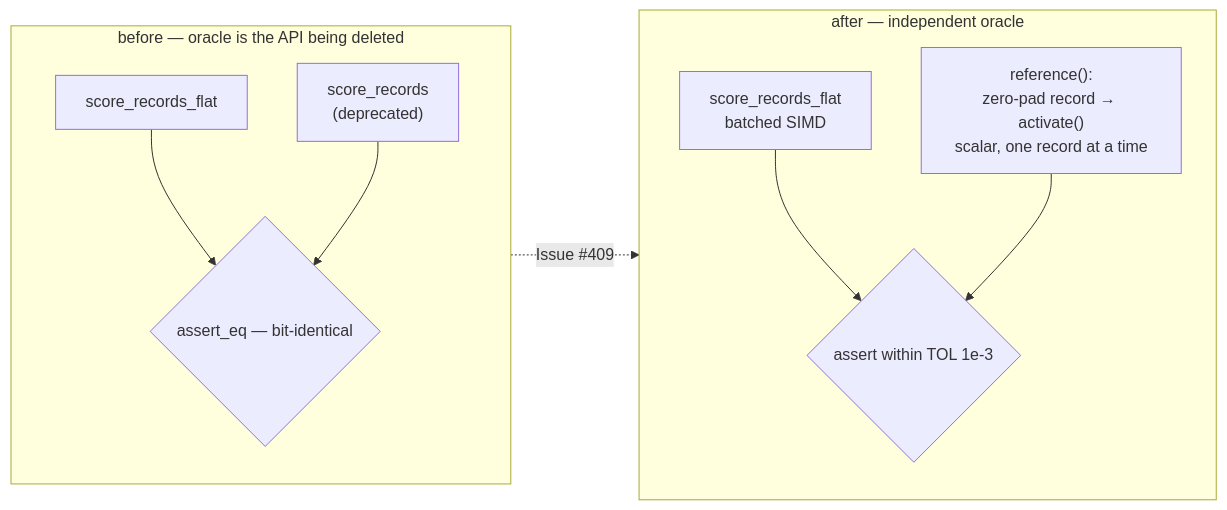
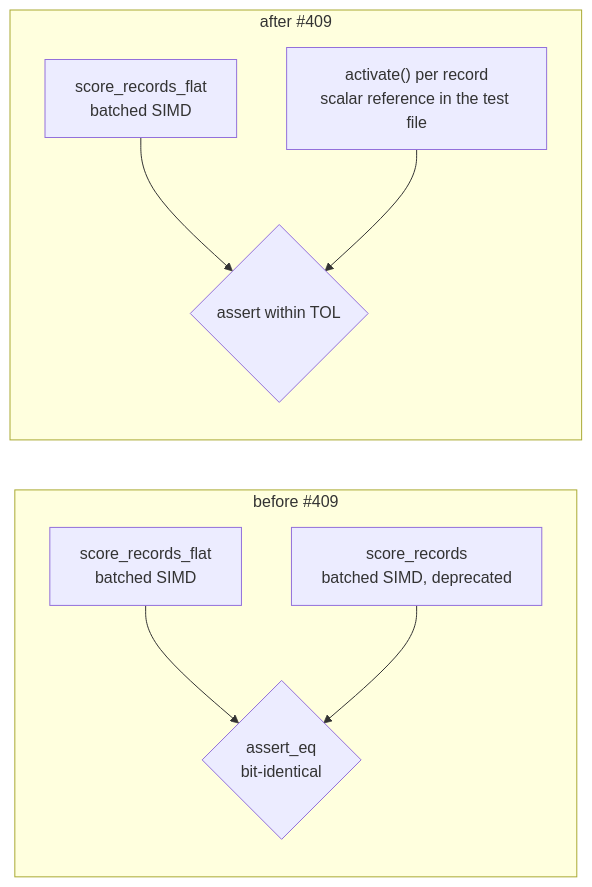
Before and after one commit to stSoftwareAU/NEAT-AI-core: the diagram in docs/archive/pr-summaries/pr-summary-409.md, drawn with Mermaid. The commit also changed other lines of this file, not shown here.

First line of the commit message:
docs: archive the PR summary for the per-record wrapper removal (Issue #409)

````diff
--- a/docs/archive/pr-summaries/pr-summary-409.md
+++ b/docs/archive/pr-summaries/pr-summary-409.md
@@ -60,12 +62,11 @@
 ```mermaid
 flowchart LR
-    subgraph Before["before — oracle is the API being deleted"]
-        A1["score_records_flat"] --> C1{"assert_eq — bit-identical"}
-        B1["score_records<br/>(deprecated)"] --> C1
+    subgraph BEFORE["before #409"]
+        A1["score_records_flat<br/>batched SIMD"] --> C1{"assert_eq<br/>bit-identical"}
+        A2["score_records<br/>batched SIMD, deprecated"] --> C1
     end
-    subgraph After["after — independent oracle"]
-        A2["score_records_flat<br/>batched SIMD"] --> C2{"assert within TOL 1e-3"}
-        B2["reference():<br/>zero-pad record → activate()<br/>scalar, one record at a time"] --> C2
+    subgraph AFTER["after #409"]
+        B1["score_records_flat<br/>batched SIMD"] --> C2{"assert within TOL"}
+        B2["activate() per record<br/>scalar reference in the test file"] --> C2
     end
-    Before -.->|"Issue #409"| After
 ```
````
